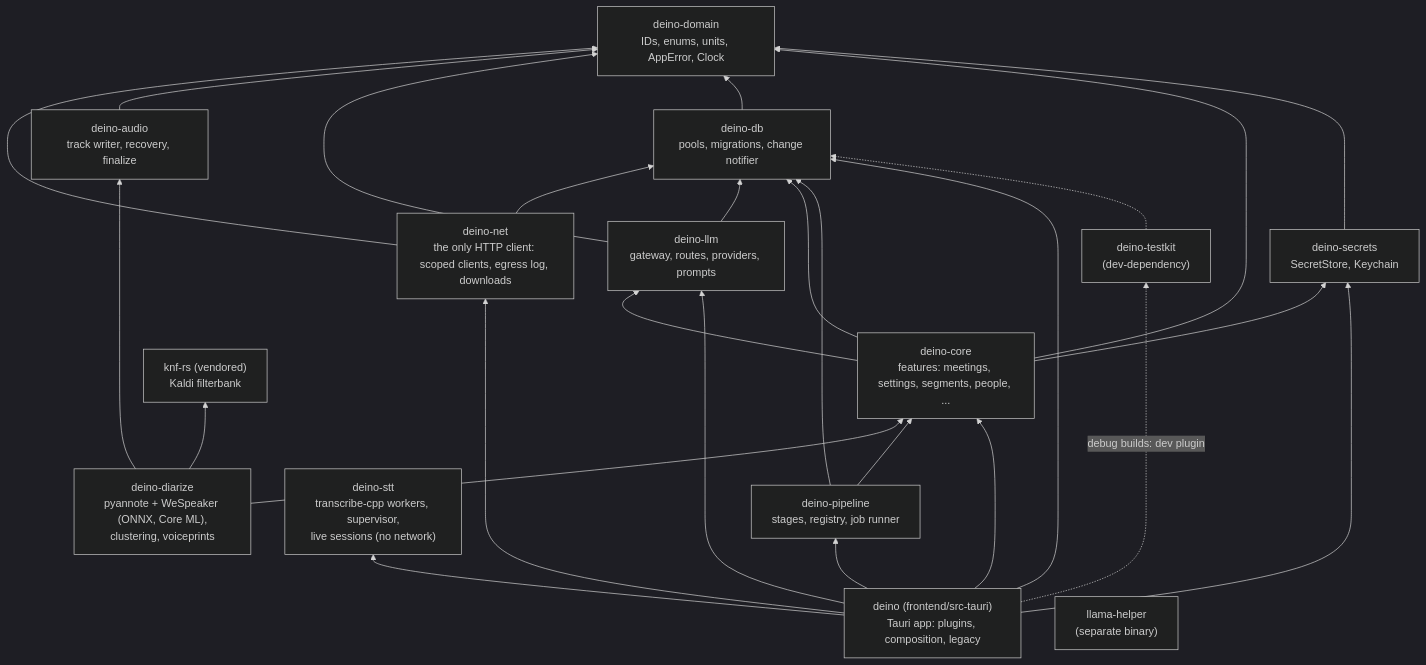
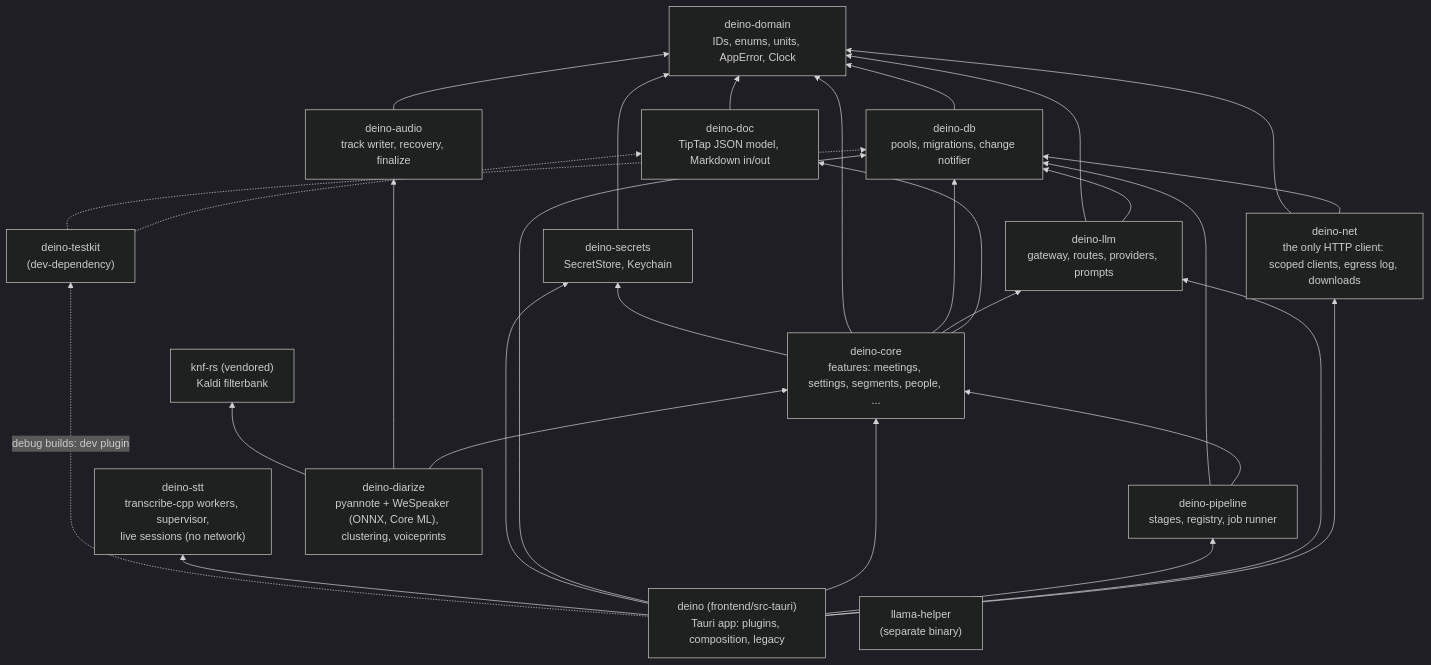
The second of 8 diagrams in docs/ARCHITECTURE.md (xenshreyas/Deino), drawn with Mermaid (dark theme) before and after one commit. The commit also changed other lines of this file and 3 other files, not shown here.

Commit message:
docs: record NOT-01 (ADR 0022, architecture, parity plan)

````diff
--- a/docs/ARCHITECTURE.md
+++ b/docs/ARCHITECTURE.md
@@ -55,42 +56,46 @@
 ```mermaid
 flowchart BT
   domain["deino-domain<br/>IDs, enums, units, AppError, Clock"]
   db["deino-db<br/>pools, migrations, change notifier"]
   core["deino-core<br/>features: meetings, settings, segments, people, ..."]
   secrets["deino-secrets<br/>SecretStore, Keychain"]
   pipeline["deino-pipeline<br/>stages, registry, job runner"]
   testkit["deino-testkit<br/>(dev-dependency)"]
   stt["deino-stt<br/>transcribe-cpp workers, supervisor,<br/>live sessions (no network)"]
   app["deino (frontend/src-tauri)<br/>Tauri app: plugins, composition, legacy"]
   helper["llama-helper<br/>(separate binary)"]
   audio["deino-audio<br/>track writer, recovery, finalize"]
   llm["deino-llm<br/>gateway, routes, providers, prompts"]
+  doc["deino-doc<br/>TipTap JSON model, Markdown in/out"]
+  doc --> domain
+  core --> doc
+  testkit -.-> doc
   net["deino-net<br/>the only HTTP client: scoped clients, egress log, downloads"]
   net --> db
   net --> domain
   app --> net
   diarize["deino-diarize<br/>pyannote + WeSpeaker (ONNX, Core ML),<br/>clustering, voiceprints"]
   knf["knf-rs (vendored)<br/>Kaldi filterbank"]
   diarize --> core
   diarize --> audio
   diarize --> knf
   audio --> domain
   llm --> db
   llm --> domain
   core --> llm
   app --> llm
   db --> domain
   core --> db
   core --> domain
   core --> secrets
   secrets --> domain
   pipeline --> core
   pipeline --> db
   app --> pipeline
   app --> core
   app --> db
   app --> secrets
   app --> stt
   app -. "debug builds: dev plugin" .-> testkit
   testkit -.-> db
 ```
````
